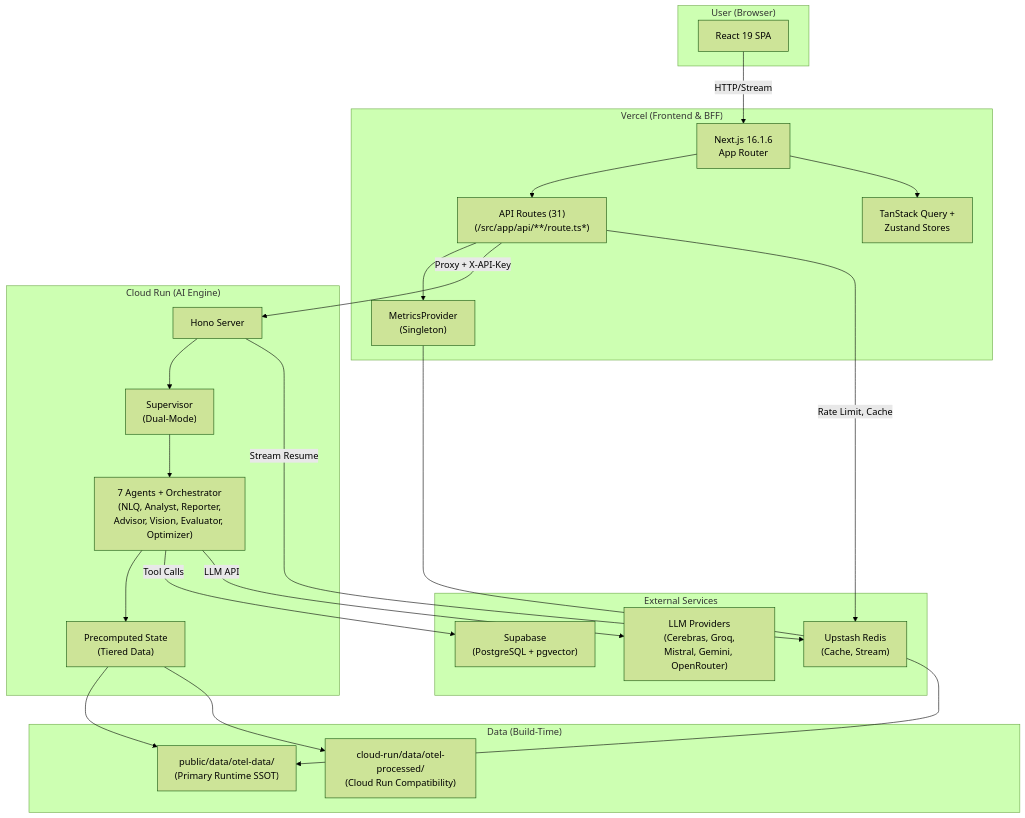
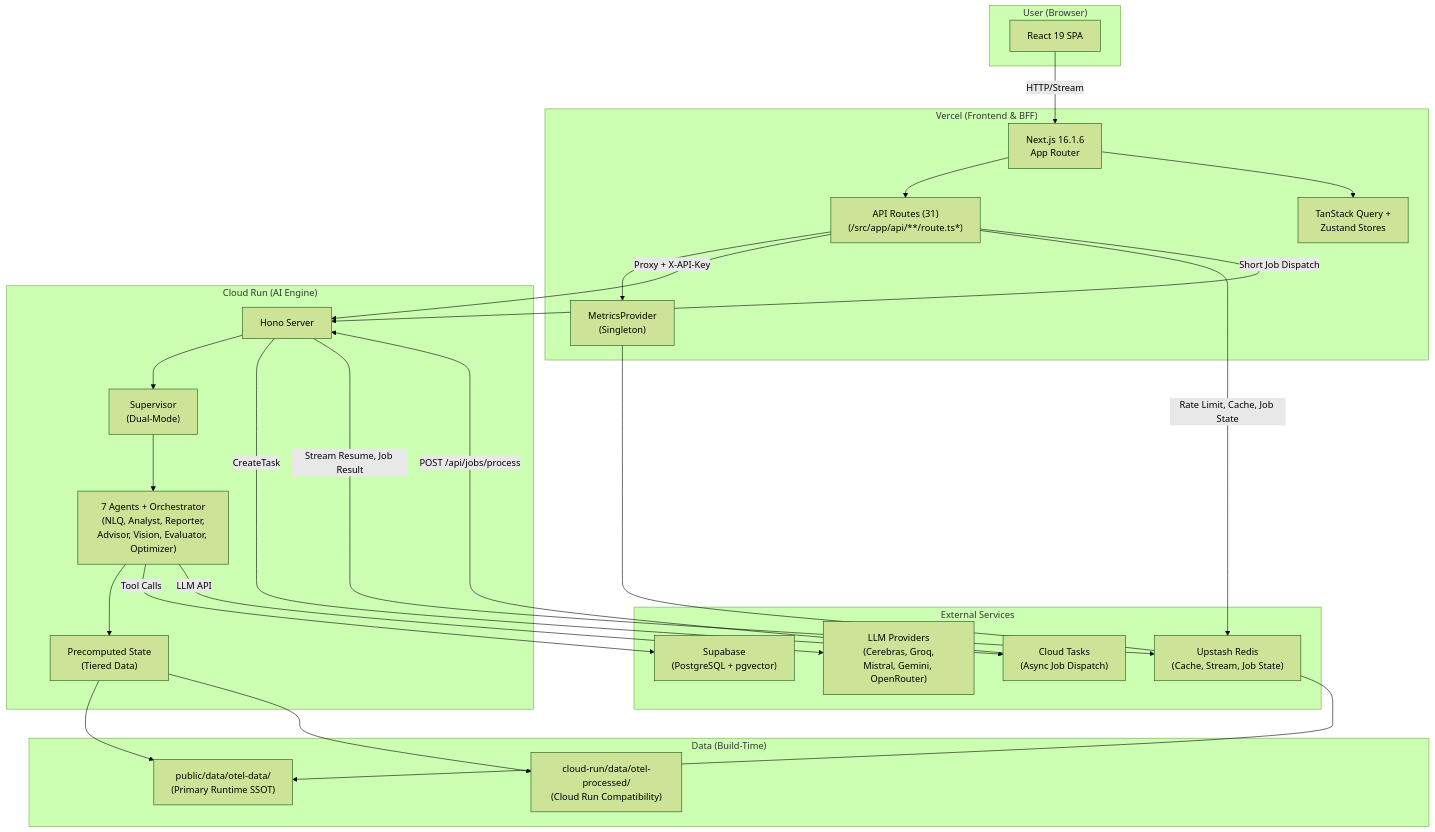
The diagram in docs/reference/architecture/system/system-architecture-current.md (skyasu2/openmanager-ai), drawn with Mermaid (forest theme) before and after one commit. The commit also changed other lines of this file and 10 other files, not shown here.

Commit message:
docs(architecture): refresh cloud tasks job queue docs

````diff
--- a/docs/reference/architecture/system/system-architecture-current.md
+++ b/docs/reference/architecture/system/system-architecture-current.md
@@ -34,47 +34,51 @@
 ```mermaid
 graph TB
     subgraph User["User (Browser)"]
         UI[React 19 SPA]
     end
 
     subgraph Vercel["Vercel (Frontend & BFF)"]
         NextJS["Next.js 16.1.6<br/>App Router"]
         API["API Routes (31)<br/>(/src/app/api/**/route.ts*)"]
         MP["MetricsProvider<br/>(Singleton)"]
         Providers["TanStack Query +<br/>Zustand Stores"]
     end
 
     subgraph CloudRun["Cloud Run (AI Engine)"]
         Hono["Hono Server"]
         Supervisor["Supervisor<br/>(Dual-Mode)"]
         Agents["7 Agents + Orchestrator<br/>(NLQ, Analyst, Reporter,<br/>Advisor, Vision, Evaluator, Optimizer)"]
         PreComp["Precomputed State<br/>(Tiered Data)"]
     end
 
     subgraph External["External Services"]
         Supabase["Supabase<br/>(PostgreSQL + pgvector)"]
-        Redis["Upstash Redis<br/>(Cache, Stream)"]
+        Redis["Upstash Redis<br/>(Cache, Stream, Job State)"]
+        CloudTasks["Cloud Tasks<br/>(Async Job Dispatch)"]
         LLM["LLM Providers<br/>(Cerebras, Groq,<br/>Mistral, Gemini, OpenRouter)"]
     end
 
     subgraph Data["Data (Build-Time)"]
         OTel["public/data/otel-data/<br/>(Primary Runtime SSOT)"]
         Compat["cloud-run/data/otel-processed/<br/>(Cloud Run Compatibility)"]
     end
 
     UI -->|HTTP/Stream| NextJS
     NextJS --> API
     API --> MP
     MP --> OTel
     API -->|Proxy + X-API-Key| Hono
     Hono --> Supervisor
     Supervisor --> Agents
     Agents --> PreComp
     PreComp --> OTel
     PreComp --> Compat
     Agents -->|Tool Calls| Supabase
     Agents -->|LLM API| LLM
-    API -->|Rate Limit, Cache| Redis
-    Hono -->|Stream Resume| Redis
+    API -->|Rate Limit, Cache, Job State| Redis
+    API -->|Short Job Dispatch| Hono
+    Hono -->|CreateTask| CloudTasks
+    CloudTasks -->|POST /api/jobs/process| Hono
+    Hono -->|Stream Resume, Job Result| Redis
     NextJS --> Providers
 ```
````
